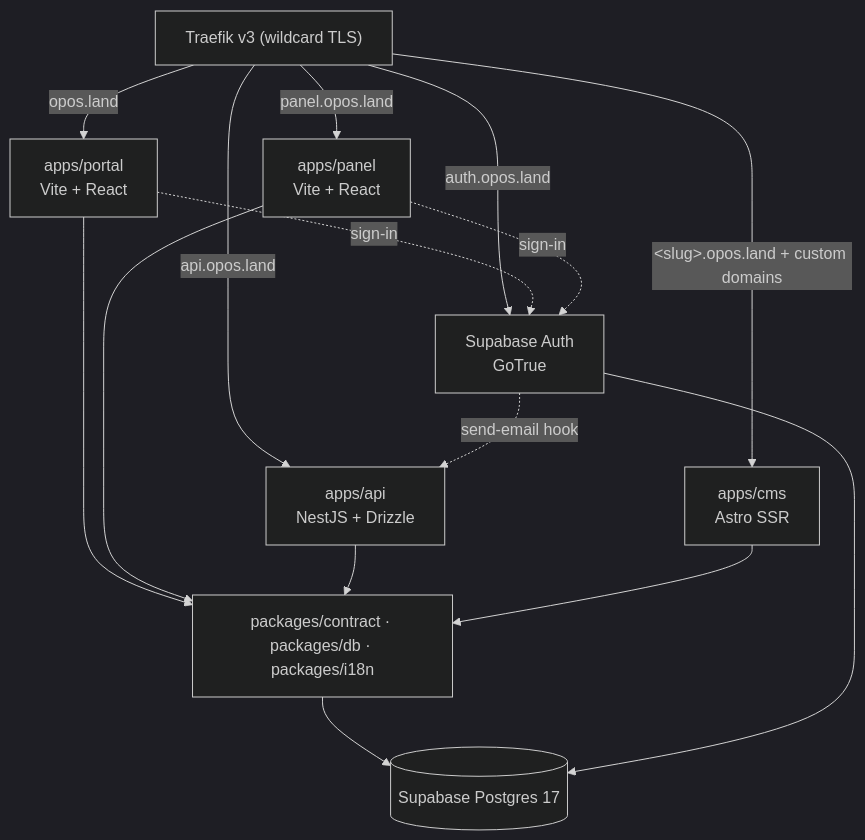
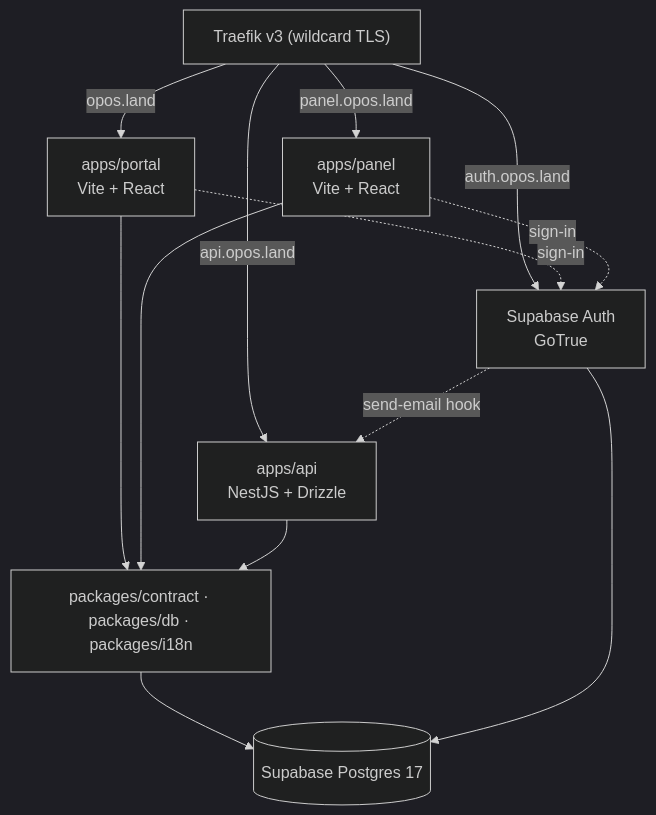
One commit to opos-land/opos changed the diagram in docs/PLAN.md. Above: the diagram before and after it, drawn with Mermaid (dark theme). The commit also changed other lines of this file and 2 other files, not shown here.

````diff
--- a/docs/PLAN.md
+++ b/docs/PLAN.md
@@ -34,26 +33,23 @@
 ```mermaid
 graph TB
     traefik["Traefik v3 (wildcard TLS)"]
     portal["apps/portal<br>Vite + React"]
     panel["apps/panel<br>Vite + React"]
     api["apps/api<br>NestJS + Drizzle"]
-    cms["apps/cms<br>Astro SSR"]
     auth["Supabase Auth<br>GoTrue"]
     packages["packages/contract · packages/db · packages/i18n"]
     pg[("Supabase Postgres 17")]
 
     traefik -->|"opos.land"| portal
     traefik -->|"panel.opos.land"| panel
     traefik -->|"api.opos.land"| api
     traefik -->|"auth.opos.land"| auth
-    traefik -->|"&lt;slug&gt;.opos.land + custom domains"| cms
     portal -.->|"sign-in"| auth
     panel -.->|"sign-in"| auth
     auth -.->|"send-email hook"| api
     portal --> packages
     panel --> packages
     api --> packages
-    cms --> packages
     packages --> pg
     auth --> pg
 ```
````
